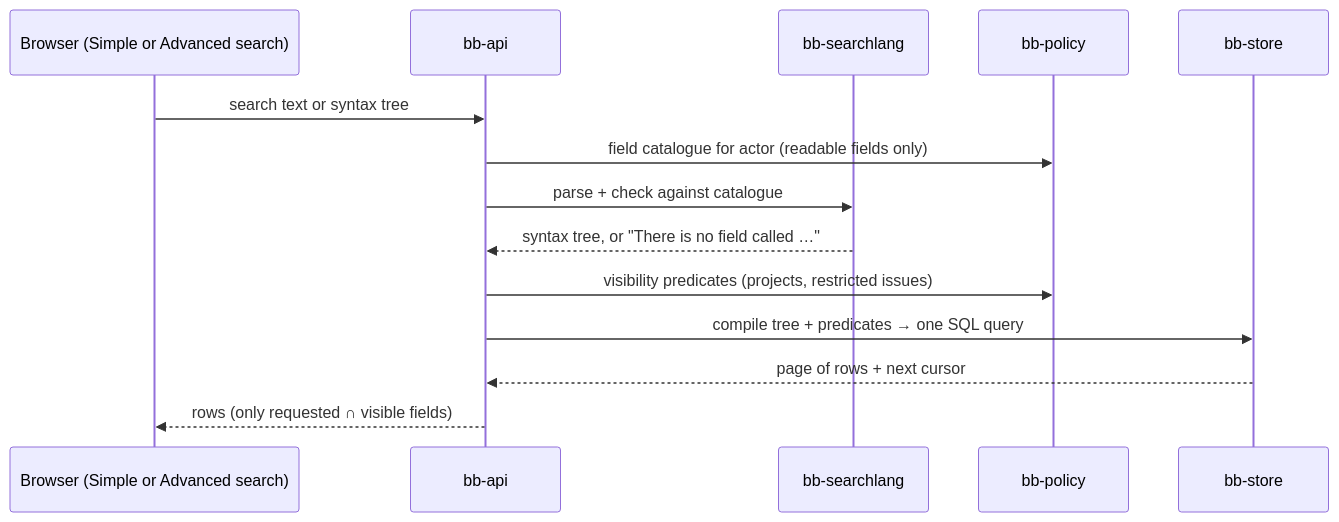
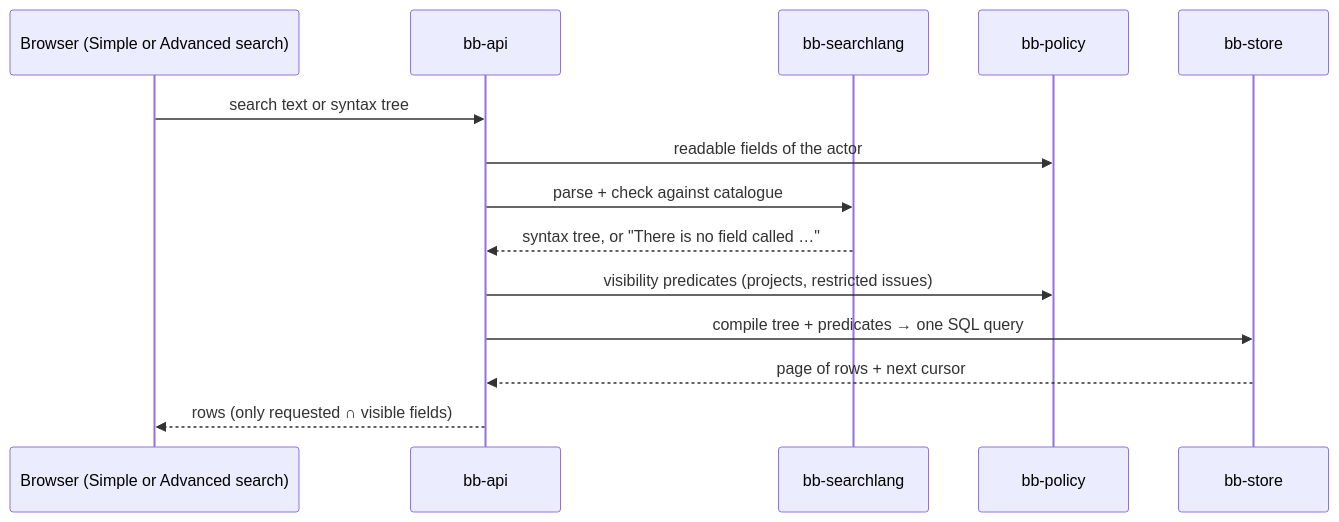
One commit to Nusi42/Bugaboo changed the second of 5 diagrams in docs/architecture/05-runtime.md. Above: the diagram before and after it, drawn with Mermaid. The commit also changed 3 other files, not shown here.

Commit message:
docs(plan): say readable fields, not field catalogue, in the plan

````diff
--- a/docs/architecture/05-runtime.md
+++ b/docs/architecture/05-runtime.md
@@ -29,16 +29,16 @@
 ```mermaid
 sequenceDiagram
   participant B as Browser (Simple or Advanced search)
   participant A as bb-api
   participant Q as bb-searchlang
   participant P as bb-policy
   participant S as bb-store
   B->>A: search text or syntax tree
-  A->>P: field catalogue for actor (readable fields only)
+  A->>P: readable fields of the actor
   A->>Q: parse + check against catalogue
   Q-->>A: syntax tree, or "There is no field called …"
   A->>P: visibility predicates (projects, restricted issues)
   A->>S: compile tree + predicates → one SQL query
   S-->>A: page of rows + next cursor
   A-->>B: rows (only requested ∩ visible fields)
 ```
````
